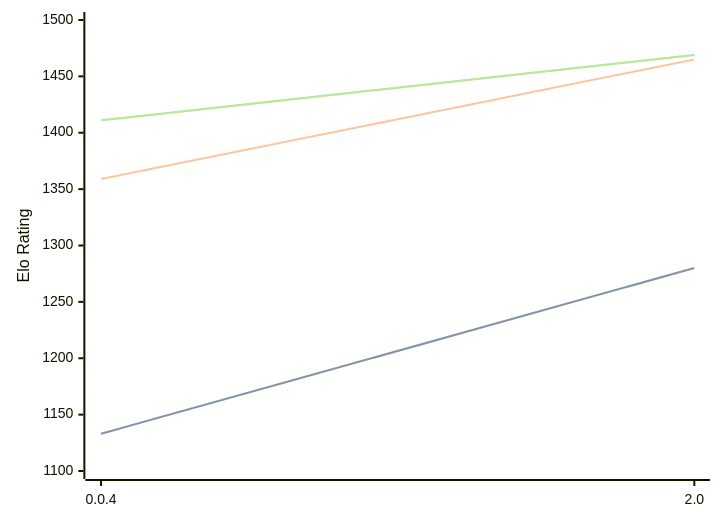
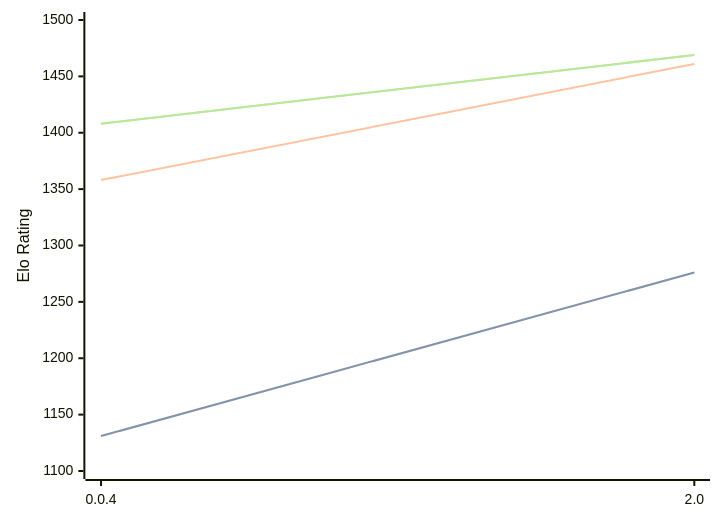
One commit to computer-chess-index/cci changed the diagram in engines/Oops!Mate.md. Above: the diagram before and after it, drawn with Mermaid. The commit also changed other lines of this file, not shown here.

Commit message:
Update CCI Ratings (ELO VLTC) - 2026-05-22

````diff
--- a/engines/Oops!Mate.md
+++ b/engines/Oops!Mate.md
@@ -52,11 +52,11 @@
 ```mermaid
 %%{init: {"theme":"base","themeVariables":{"seriesColors:['#a3a3a3','#222221','#faa371']}}}%%
 xychart-beta
   x-axis ["0.0.4", "2.0"]
   y-axis "Elo Rating" 1100 --> 1500
-  line "STC (8.0+0.08s)" [1133, 1280]
-  line "STC (8.0+0.08s)" [1133, 1280]
-  line "LTC (60.0+0.60s)" [1359, 1465]
-  line "VLTC (2m24s+1.12s)" [1411, 1469]
-  line "VLTC (2m24s+1.12s)" [1411, 1469]
+  line "STC (8.0+0.08s)" [1131, 1276]
+  line "STC (8.0+0.08s)" [1131, 1276]
+  line "LTC (60.0+0.60s)" [1358, 1461]
+  line "VLTC (2m24s+1.12s)" [1408, 1469]
+  line "VLTC (2m24s+1.12s)" [1408, 1469]
 ```
````
